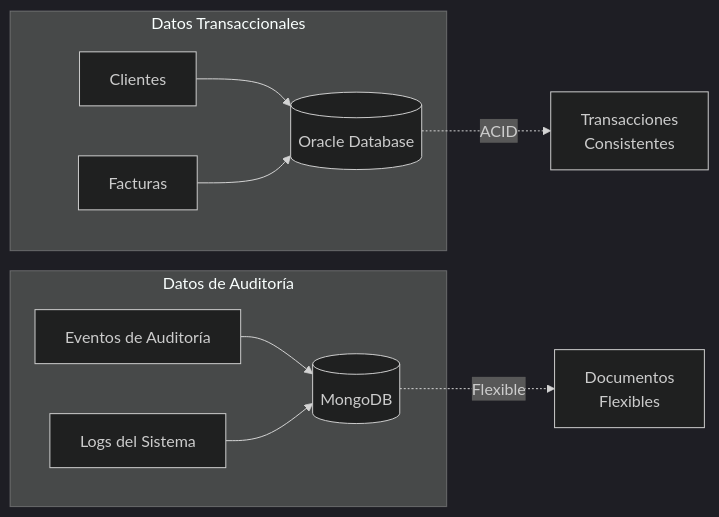
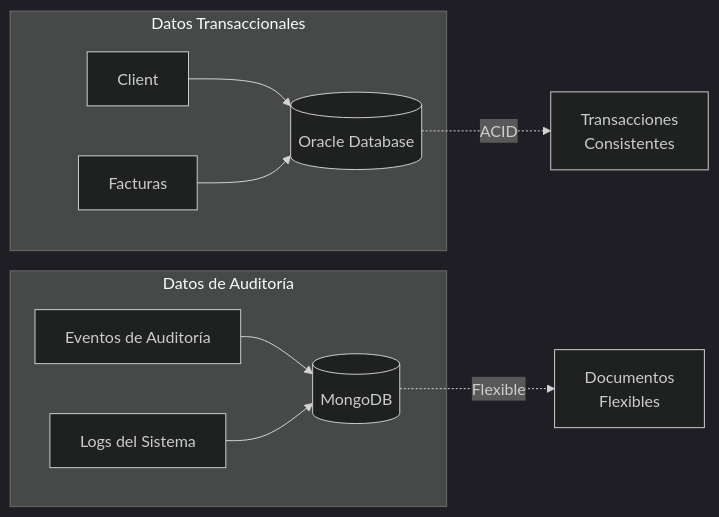
One commit to mailo2202/prueba-tecnica-double-v changed the fifth of 5 diagrams in docs/arquitectura.md. Above: the diagram before and after it, drawn with Mermaid (dark theme). The commit also changed other lines of this file and 69 other files, not shown here.

````diff
--- a/docs/arquitectura.md
+++ b/docs/arquitectura.md
@@ -158,22 +158,22 @@
 ```mermaid
 graph LR
     subgraph "Datos Transaccionales"
-        CLIENTES[Clientes]
+        CLIENT[Client]
         FACTURAS[Facturas]
         ORACLE[(Oracle Database)]
     end
     
     subgraph "Datos de Auditoría"
         EVENTOS[Eventos de Auditoría]
         LOGS[Logs del Sistema]
         MONGO[(MongoDB)]
     end
     
-    CLIENTES --> ORACLE
+    CLIENT --> ORACLE
     FACTURAS --> ORACLE
     EVENTOS --> MONGO
     LOGS --> MONGO
     
     ORACLE -.->|ACID| TRANSACCIONES[Transacciones<br/>Consistentes]
     MONGO -.->|Flexible| DOCUMENTOS[Documentos<br/>Flexibles]
 ```
````
